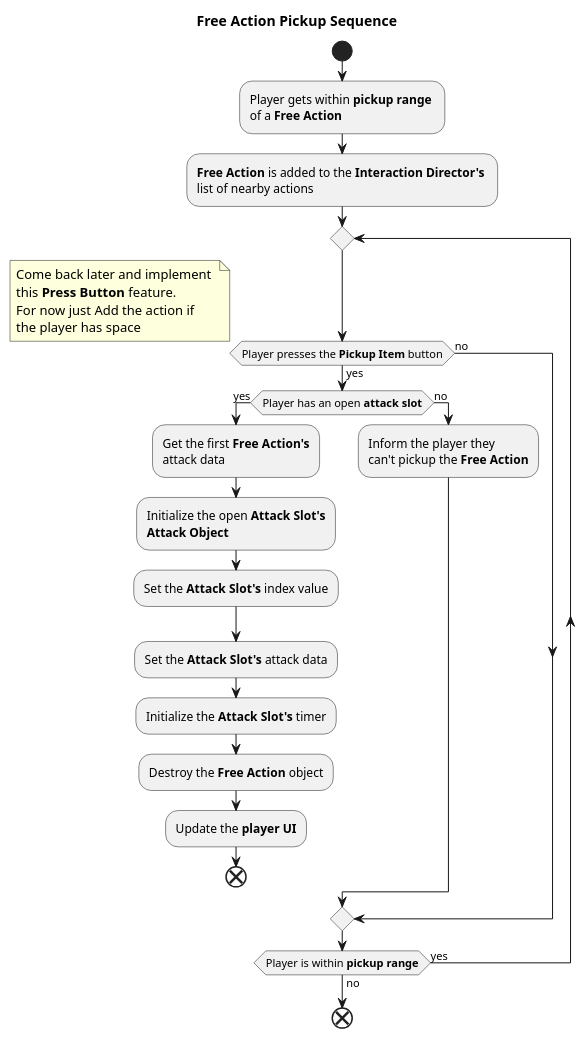
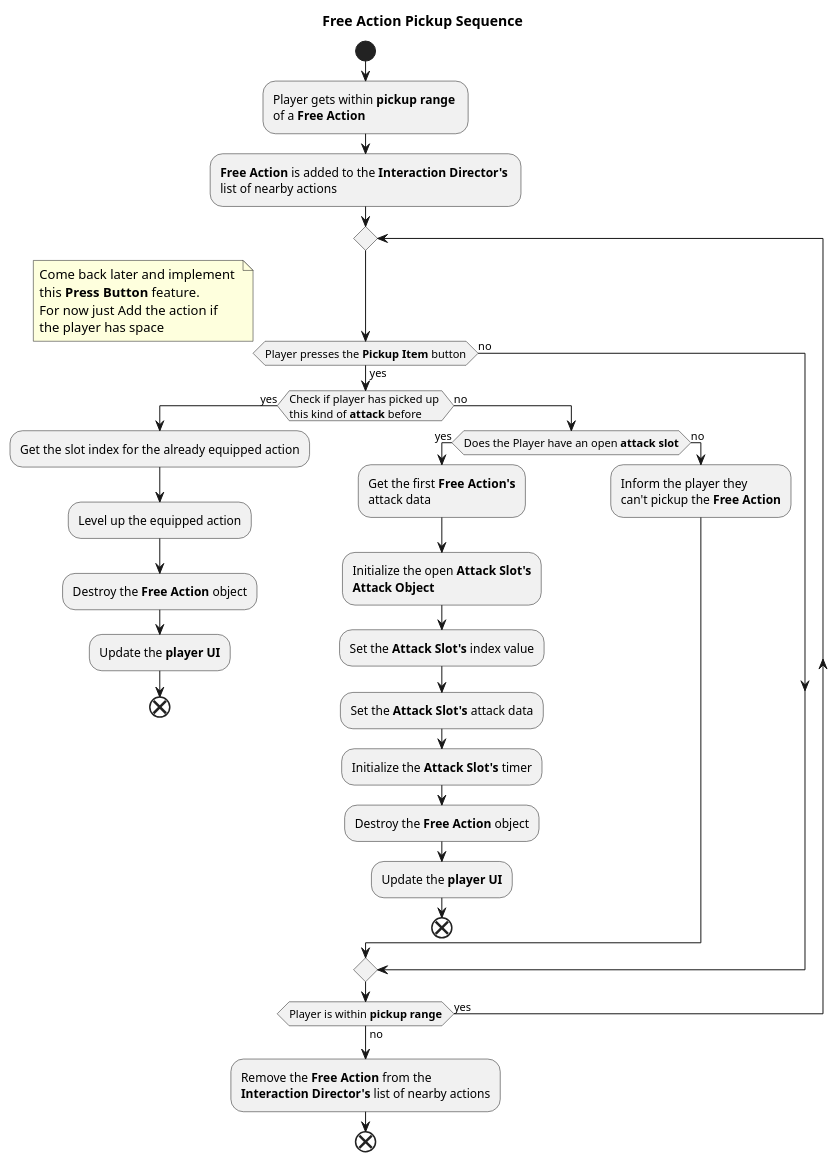
One commit to kjtkanaly/Roguelike-Shoot-Em-Up changed the diagram in UML-Diagrams/src/Free_Action_Pickup_Sequence.puml. Above: the diagram before and after it, drawn with PlantUML. The commit also changed 1 other file, not shown here.

Commit message:
Updated all of the test free actions to be the same projectile. Updated the Free action pickup sequence to reflect the need to check if we already have that type of action

```diff
--- a/UML-Diagrams/src/Free_Action_Pickup_Sequence.puml
+++ b/UML-Diagrams/src/Free_Action_Pickup_Sequence.puml
@@ -1,56 +1,74 @@
 @startuml Free_Action_Pickup_Sequence
 title Free Action Pickup Sequence
 
 start
 
 :Player gets within **pickup range** \nof a **Free Action**;
 
 :**Free Action** is added to the **Interaction Director's** \nlist of nearby actions;
 
 repeat
 
     if (Player presses the **Pickup Item** button) then (yes)
 
     note left
         Come back later and implement 
         this **Press Button** feature.
         For now just Add the action if
         the player has space
     end note
 
-        if (Player has an open **attack slot**) then (yes)
+        if (Check if player has picked up \nthis kind of **attack** before) then (yes)
 
-            :Get the first **Free Action's** 
-            attack data;
+            :Get the slot index for the already equipped action;
 
-            :Initialize the open **Attack Slot's**
-            **Attack Object**;
-
-            :Set the **Attack Slot's** index value;
-
-            :Set the **Attack Slot's** attack data;
-
-            :Initialize the **Attack Slot's** timer;
+            :Level up the equipped action;
 
             :Destroy the **Free Action** object;
 
             :Update the **player UI**;
 
             end
 
         else (no)
 
-            :Inform the player they 
-            can't pickup the **Free Action**;
+            if (Does the Player have an open **attack slot**) then (yes)
+
+                :Get the first **Free Action's** 
+                attack data;
+
+                :Initialize the open **Attack Slot's**
+                **Attack Object**;
+
+                :Set the **Attack Slot's** index value;
+
+                :Set the **Attack Slot's** attack data;
+
+                :Initialize the **Attack Slot's** timer;
+
+                :Destroy the **Free Action** object;
+
+                :Update the **player UI**;
+
+                end
+
+            else (no)
+
+                :Inform the player they 
+                can't pickup the **Free Action**;
+
+            endif
 
         endif
 
     else (no)
 
     endif
 
 repeat while(Player is within **pickup range**) is (yes) not (no)
 
+:Remove the **Free Action** from the \n**Interaction Director's** list of nearby actions;
+
 end
 
 @enduml
```
